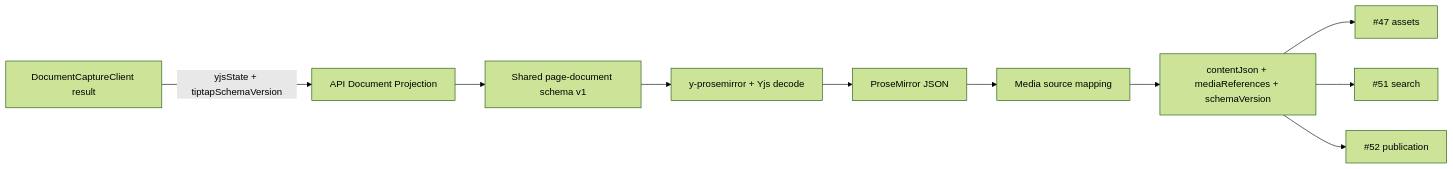
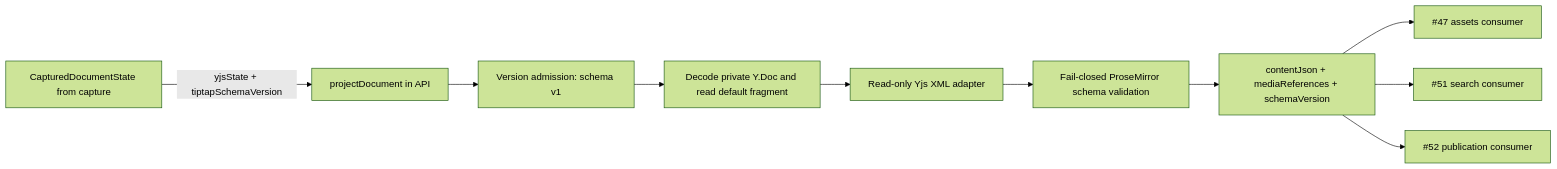
One commit to itbooster-project-group/lite-notion changed the diagram in openspec/changes/add-document-projection/design.md. Above: the diagram before and after it, drawn with Mermaid (forest theme). The commit also changed other lines of this file and 14 other files, not shown here.

````diff
--- a/openspec/changes/add-document-projection/design.md
+++ b/openspec/changes/add-document-projection/design.md
@@ -69,12 +61,12 @@
 ```mermaid
 flowchart LR
-  A[DocumentCaptureClient result] -->|yjsState + tiptapSchemaVersion| B[API Document Projection]
-  B --> C[Shared page-document schema v1]
-  C --> D[y-prosemirror + Yjs decode]
-  D --> E[ProseMirror JSON]
-  E --> F[Media source mapping]
+  A[CapturedDocumentState from capture] -->|yjsState + tiptapSchemaVersion| B[projectDocument in API]
+  B --> C[Version admission: schema v1]
+  C --> D[Decode private Y.Doc and read default fragment]
+  D --> E[Read-only Yjs XML adapter]
+  E --> F[Fail-closed ProseMirror schema validation]
   F --> G[contentJson + mediaReferences + schemaVersion]
-  G --> H[#47 assets]
-  G --> I[#51 search]
-  G --> J[#52 publication]
+  G --> H[#47 assets consumer]
+  G --> I[#51 search consumer]
+  G --> J[#52 publication consumer]
 ```
````
